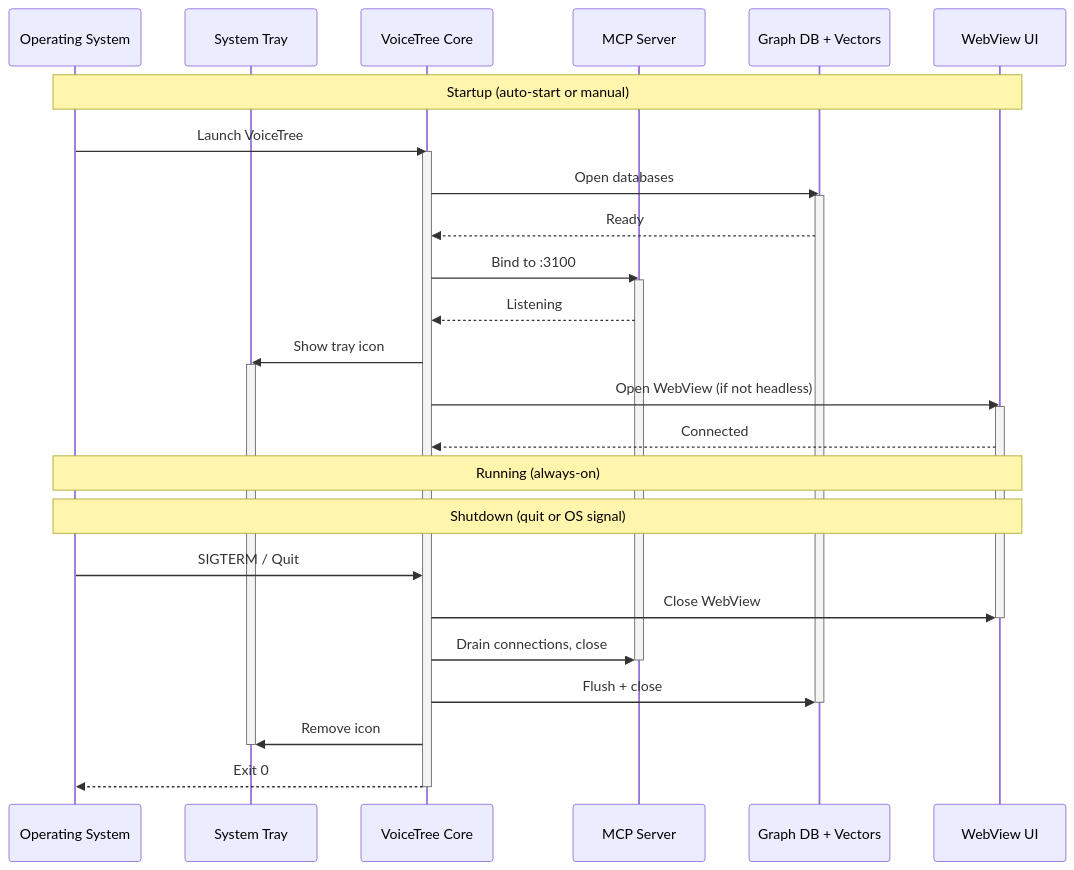
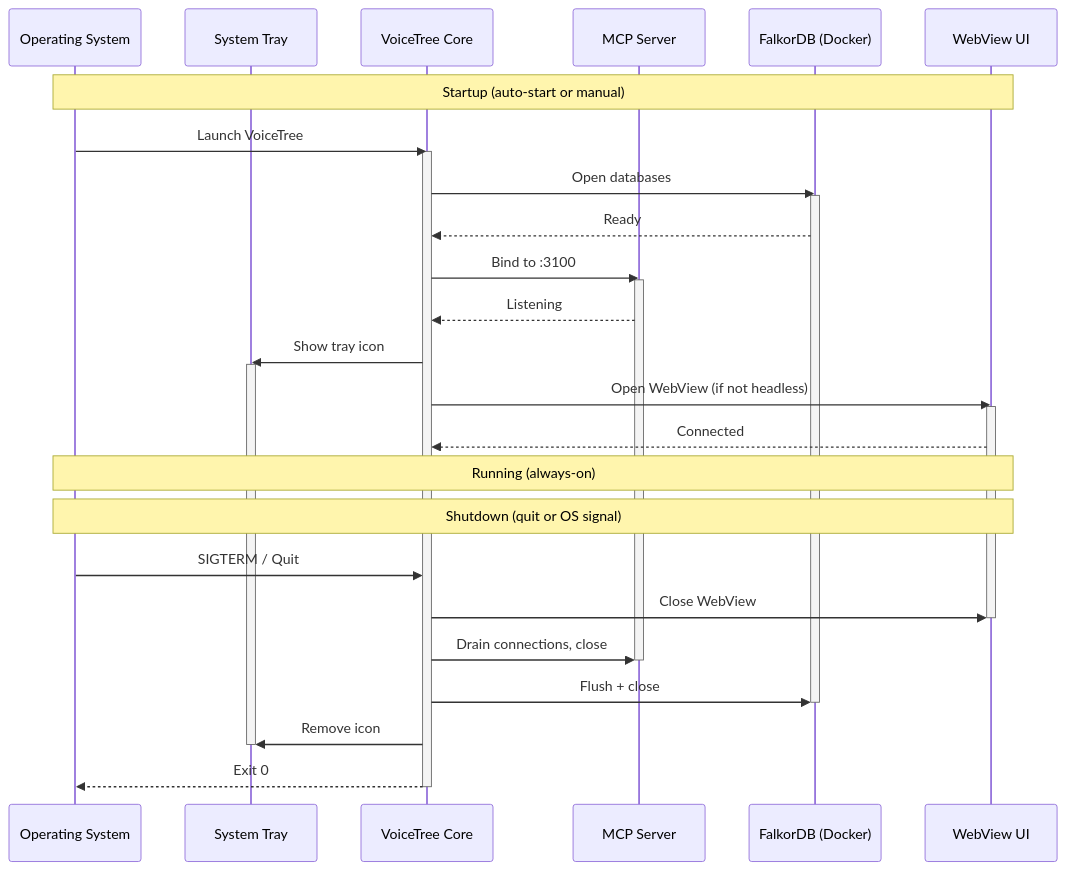
The sixth of 6 diagrams in ARCHITECTURE.md (Coldaine/voicetree), drawn with Mermaid before and after one commit. The commit also changed other lines of this file and 9 other files, not shown here.

First line of the commit message:
docs: VoiceTree v2 architecture plan  FalkorDB, Sigma.js, 5-phase roadmap

````diff
--- a/ARCHITECTURE.md
+++ b/ARCHITECTURE.md
@@ -281,41 +306,41 @@
 ```mermaid
 sequenceDiagram
     participant OS as Operating System
     participant Tray as System Tray
     participant Core as VoiceTree Core
     participant MCP as MCP Server
-    participant DB as Graph DB + Vectors
+    participant DB as FalkorDB (Docker)
     participant UI as WebView UI
 
     Note over OS,UI: Startup (auto-start or manual)
 
     OS->>Core: Launch VoiceTree
     activate Core
     Core->>DB: Open databases
     activate DB
     DB-->>Core: Ready
     Core->>MCP: Bind to :3100
     activate MCP
     MCP-->>Core: Listening
     Core->>Tray: Show tray icon
     activate Tray
     Core->>UI: Open WebView (if not headless)
     activate UI
     UI-->>Core: Connected
 
     Note over OS,UI: Running (always-on)
 
     Note over OS,UI: Shutdown (quit or OS signal)
 
     OS->>Core: SIGTERM / Quit
     Core->>UI: Close WebView
     deactivate UI
     Core->>MCP: Drain connections, close
     deactivate MCP
     Core->>DB: Flush + close
     deactivate DB
     Core->>Tray: Remove icon
     deactivate Tray
     Core-->>OS: Exit 0
     deactivate Core
 ```
````
